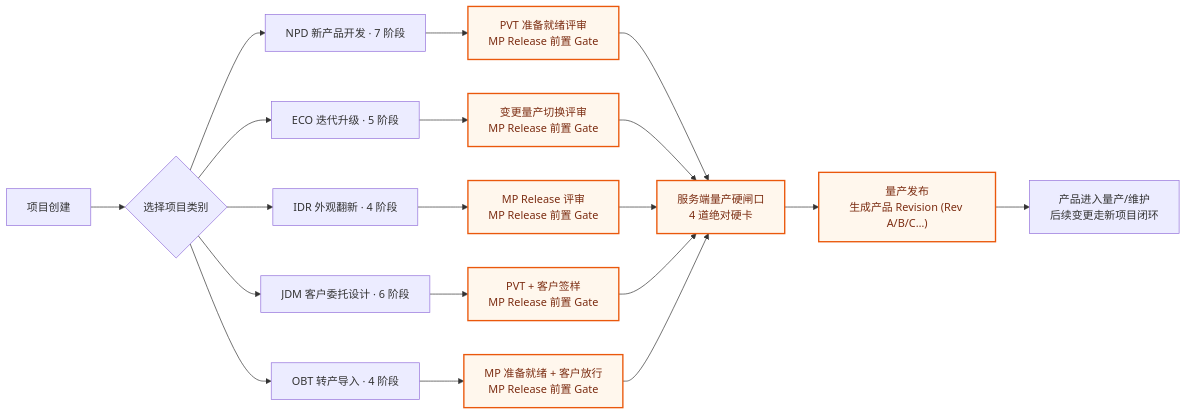
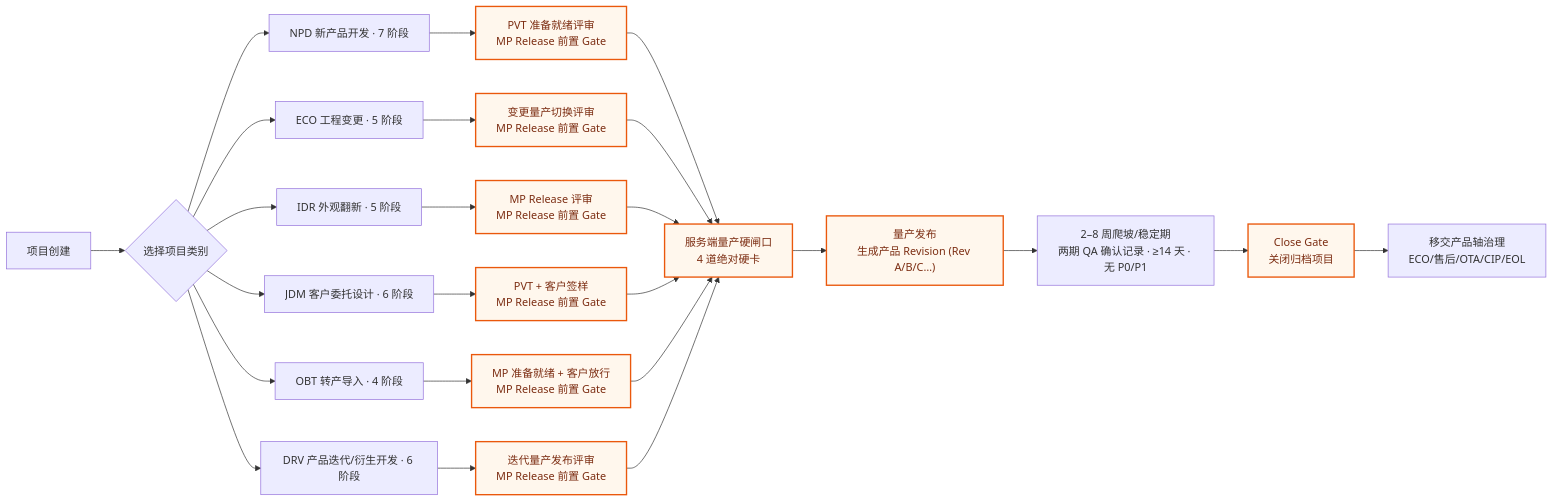
Before and after one commit to RealHanweiHu/ce-project-hub: the first of 8 diagrams in docs/design/2026-06-29-sop-design.md, drawn with Mermaid. The commit also changed other lines of this file and 523 other files, not shown here.

````diff
--- a/docs/design/2026-06-29-sop-design.md
+++ b/docs/design/2026-06-29-sop-design.md
@@ -41,22 +43,26 @@
 ```mermaid
 flowchart LR
   Start["项目创建"] --> Cat{"选择项目类别"}
   Cat --> NPD["NPD 新产品开发 · 7 阶段"]
-  Cat --> ECO["ECO 迭代升级 · 5 阶段"]
-  Cat --> IDR["IDR 外观翻新 · 4 阶段"]
+  Cat --> ECO["ECO 工程变更 · 5 阶段"]
+  Cat --> DRV["DRV 产品迭代/衍生开发 · 6 阶段"]
+  Cat --> IDR["IDR 外观翻新 · 5 阶段"]
   Cat --> JDM["JDM 客户委托设计 · 6 阶段"]
   Cat --> OBT["OBT 转产导入 · 4 阶段"]
 
   NPD --> R1["PVT 准备就绪评审<br/>MP Release 前置 Gate"]
   ECO --> R2["变更量产切换评审<br/>MP Release 前置 Gate"]
+  DRV --> R6["迭代量产发布评审<br/>MP Release 前置 Gate"]
   IDR --> R3["MP Release 评审<br/>MP Release 前置 Gate"]
   JDM --> R4["PVT + 客户签样<br/>MP Release 前置 Gate"]
   OBT --> R5["MP 准备就绪 + 客户放行<br/>MP Release 前置 Gate"]
 
-  R1 & R2 & R3 & R4 & R5 --> HardGate["服务端量产硬闸口<br/>4 道绝对硬卡"]
+  R1 & R2 & R3 & R4 & R5 & R6 --> HardGate["服务端量产硬闸口<br/>4 道绝对硬卡"]
   HardGate --> Rev["量产发布<br/>生成产品 Revision (Rev A/B/C…)"]
-  Rev --> Prod["产品进入量产/维护<br/>后续变更走新项目闭环"]
+  Rev --> Stable["2–8 周爬坡/稳定期<br/>两期 QA 确认记录 · ≥14 天 · 无 P0/P1"]
+  Stable --> Close["Close Gate<br/>关闭归档项目"]
+  Close --> Prod["移交产品轴治理<br/>ECO/售后/OTA/CIP/EOL"]
 
   classDef rel fill:#fff7ed,stroke:#ea580c,color:#7c2d12,stroke-width:2px;
-  class R1,R2,R3,R4,R5,HardGate,Rev rel;
+  class R1,R2,R3,R4,R5,R6,HardGate,Rev,Close rel;
 ```
````
